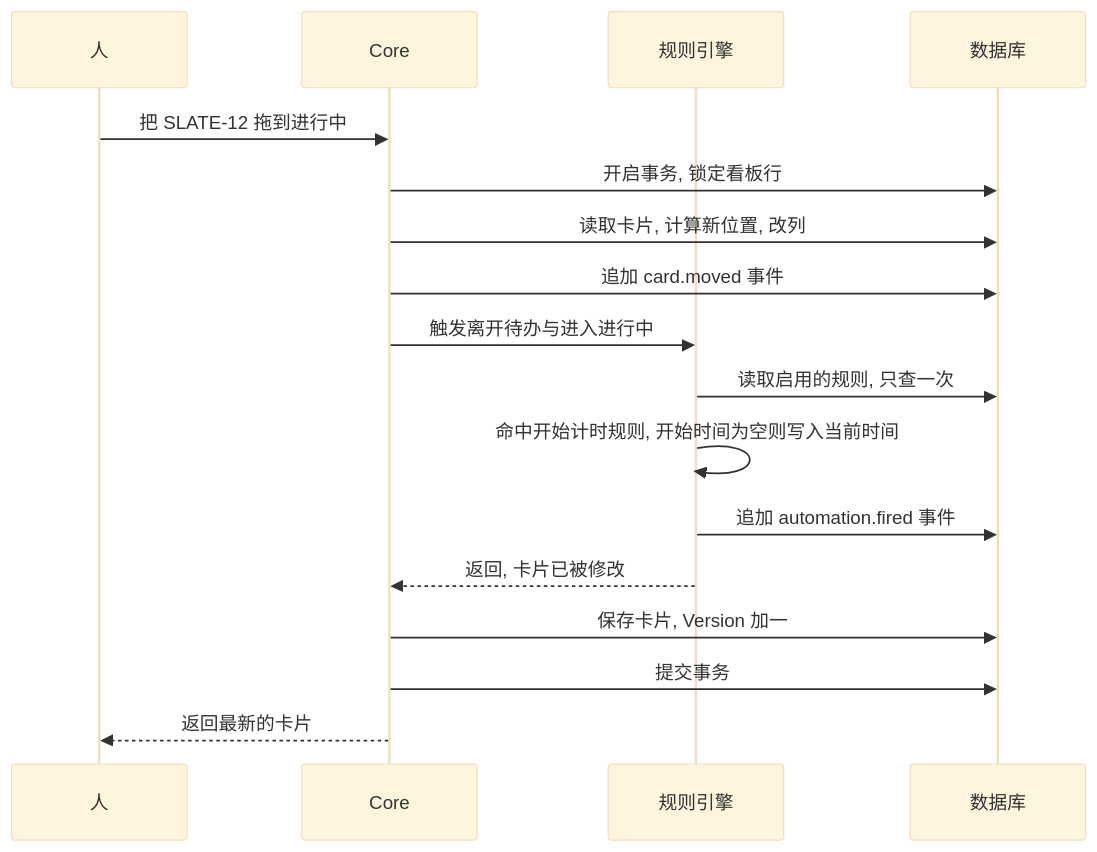
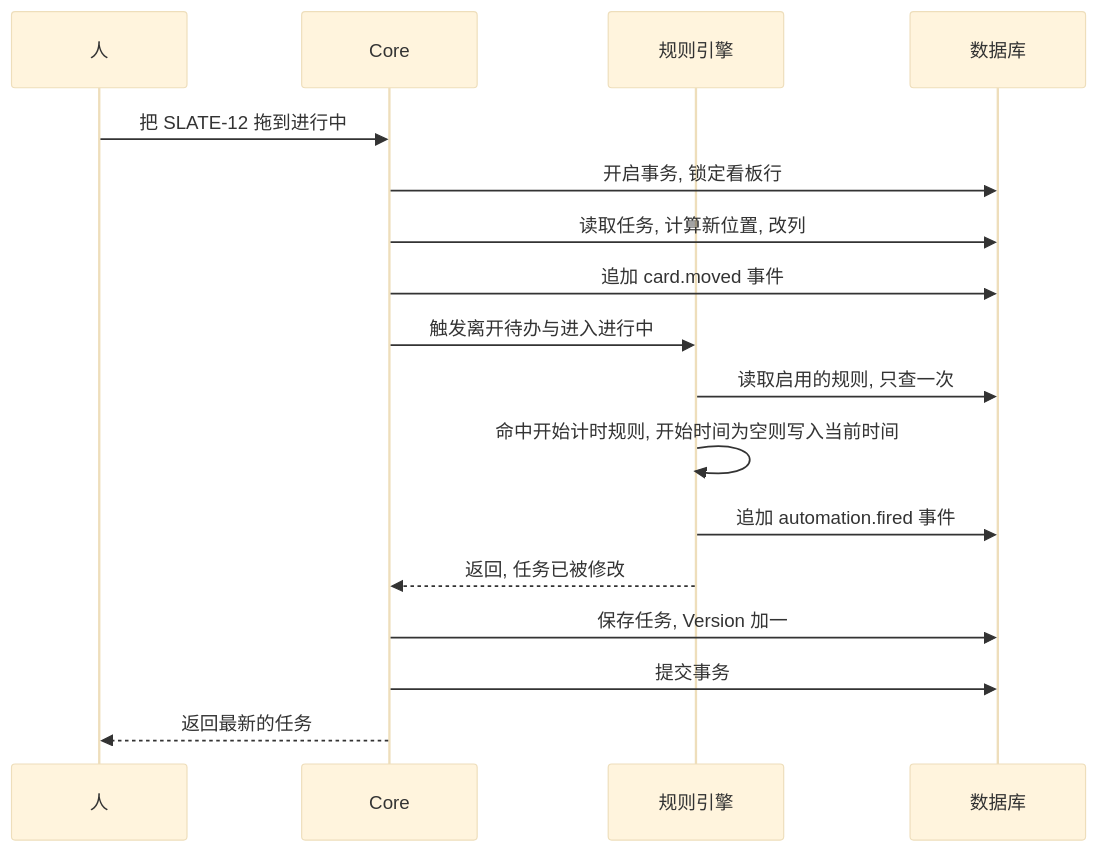
One commit to ixugo/slate-kanban changed the third of 3 diagrams in .cursor/scopes/kanban.automation.go.md. Above: the diagram before and after it, drawn with Mermaid (base theme). The commit also changed other lines of this file and 49 other files, not shown here.

````diff
--- a/.cursor/scopes/kanban.automation.go.md
+++ b/.cursor/scopes/kanban.automation.go.md
@@ -135,20 +135,20 @@
 ```mermaid
 sequenceDiagram
     participant U as 人
     participant C as Core
     participant R as 规则引擎
     participant D as 数据库
 
     U->>C: 把 SLATE-12 拖到进行中
     C->>D: 开启事务, 锁定看板行
-    C->>D: 读取卡片, 计算新位置, 改列
+    C->>D: 读取任务, 计算新位置, 改列
     C->>D: 追加 card.moved 事件
     C->>R: 触发离开待办与进入进行中
     R->>D: 读取启用的规则, 只查一次
     R->>R: 命中开始计时规则, 开始时间为空则写入当前时间
     R->>D: 追加 automation.fired 事件
-    R-->>C: 返回, 卡片已被修改
-    C->>D: 保存卡片, Version 加一
+    R-->>C: 返回, 任务已被修改
+    C->>D: 保存任务, Version 加一
     C->>D: 提交事务
-    C-->>U: 返回最新的卡片
+    C-->>U: 返回最新的任务
 ```
````
